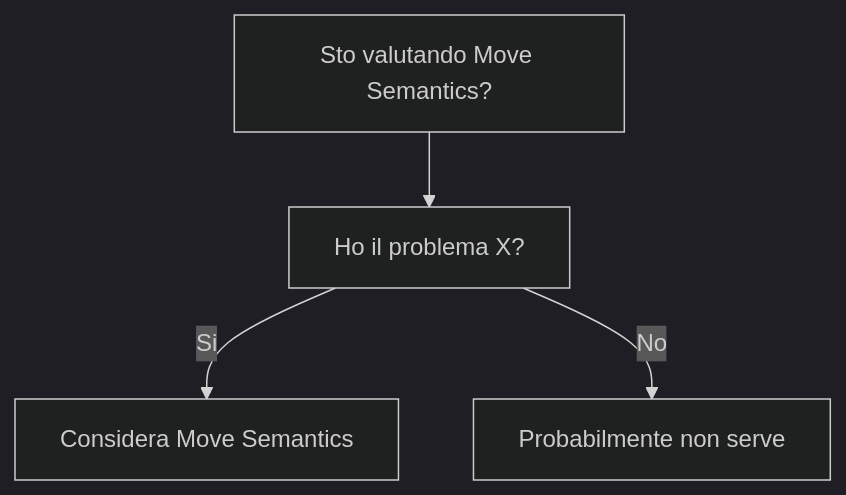
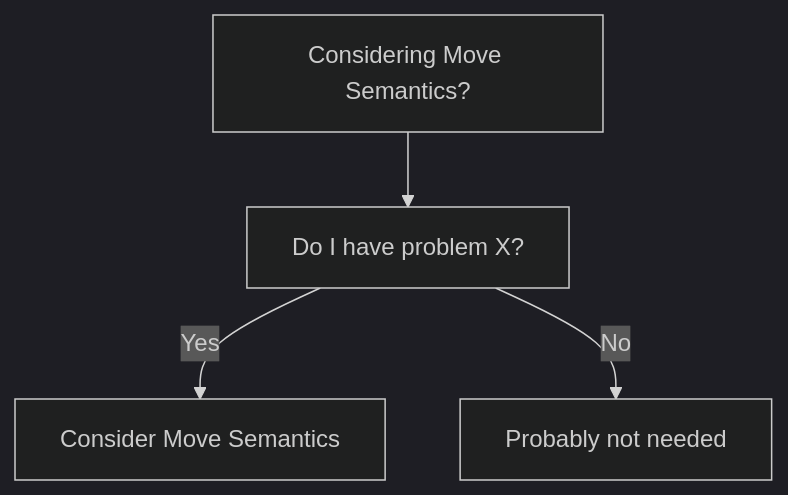
Before and after one commit to HxT9/Software-Dev-Wiki: the diagram in dev-wiki/14_Languages/Cpp/Move_Semantics/When_To_Use.md, drawn with Mermaid (dark theme). The commit also changed other lines of this file and 3444 other files, not shown here.

````diff
--- a/dev-wiki/14_Languages/Cpp/Move_Semantics/When_To_Use.md
+++ b/dev-wiki/14_Languages/Cpp/Move_Semantics/When_To_Use.md
@@ -19,6 +19,6 @@
 ```mermaid
 flowchart TD
-  Q[Sto valutando Move Semantics?] --> Q1[Ho il problema X?]
-  Q1 -->|Si| OK[Considera Move Semantics]
-  Q1 -->|No| NO[Probabilmente non serve]
+  Q[Considering Move Semantics?] --> Q1[Do I have problem X?]
+  Q1 -->|Yes| OK[Consider Move Semantics]
+  Q1 -->|No| NO[Probably not needed]
 ```
````
